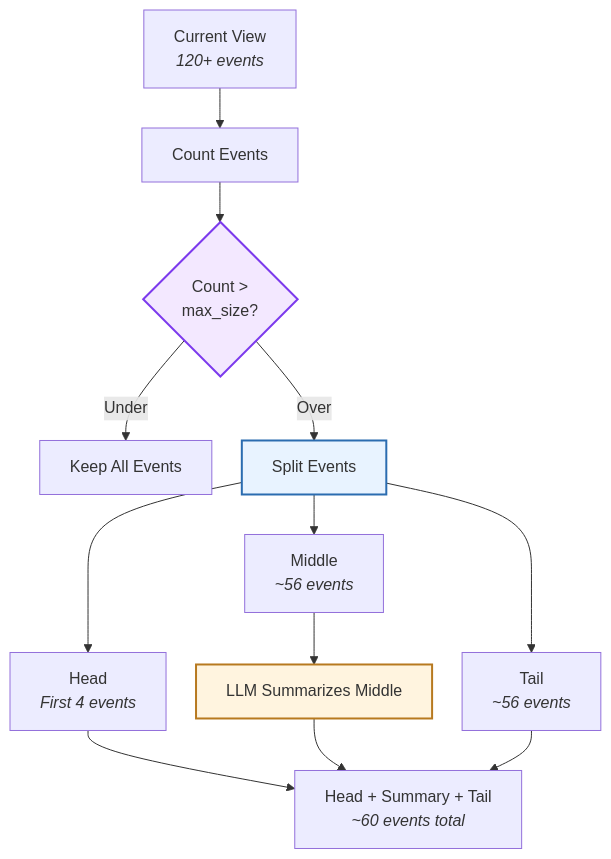
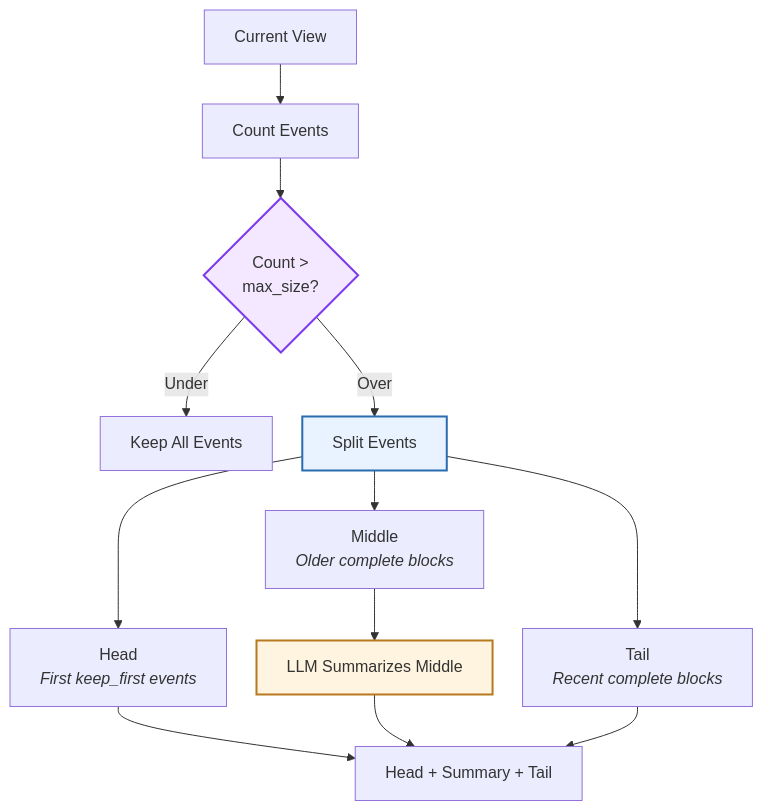
Diagram 11 of 12 in sdk/arch/condenser.mdx (OpenHands/docs), drawn with Mermaid before and after one commit. The commit also changed other lines of this file and 2 other files, not shown here.

````diff
--- a/sdk/arch/condenser.mdx
+++ b/sdk/arch/condenser.mdx
@@ -320,36 +369,36 @@
 ```mermaid
 %%{init: {"theme": "default", "flowchart": {"nodeSpacing": 30, "rankSpacing": 40}} }%%
 flowchart TB
-    View["Current View<br><i>120+ events</i>"]
+    View["Current View"]
     Check["Count Events"]
     
     Compare{"Count ><br>max_size?"}
     
     Keep["Keep All Events"]
     
     Split["Split Events"]
-    Head["Head<br><i>First 4 events</i>"]
-    Middle["Middle<br><i>~56 events</i>"]
-    Tail["Tail<br><i>~56 events</i>"]
+    Head["Head<br><i>First keep_first events</i>"]
+    Middle["Middle<br><i>Older complete blocks</i>"]
+    Tail["Tail<br><i>Recent complete blocks</i>"]
     Summarize["LLM Summarizes Middle"]
-    Result["Head + Summary + Tail<br><i>~60 events total</i>"]
+    Result["Head + Summary + Tail"]
     
     View --> Check
     Check --> Compare
     
     Compare -->|Under| Keep
     Compare -->|Over| Split
     
     Split --> Head
     Split --> Middle
     Split --> Tail
     
     Middle --> Summarize
     Head --> Result
     Summarize --> Result
     Tail --> Result
     
     style Compare fill:#f3e8ff,stroke:#7c3aed,stroke-width:2px
     style Split fill:#e8f3ff,stroke:#2b6cb0,stroke-width:2px
     style Summarize fill:#fff4df,stroke:#b7791f,stroke-width:2px
 ```
````
